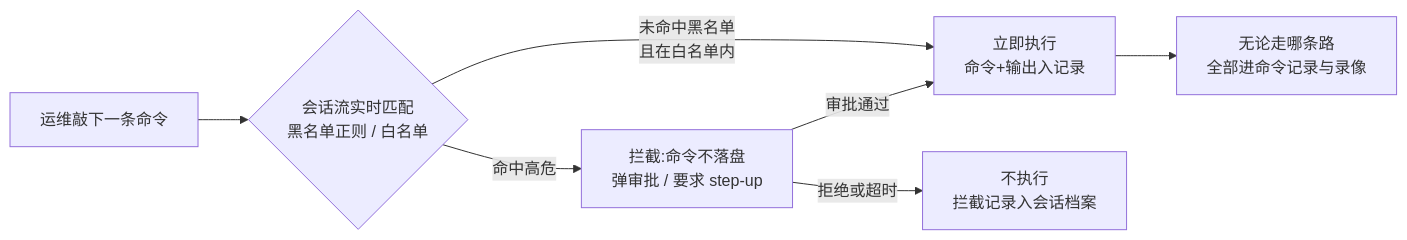
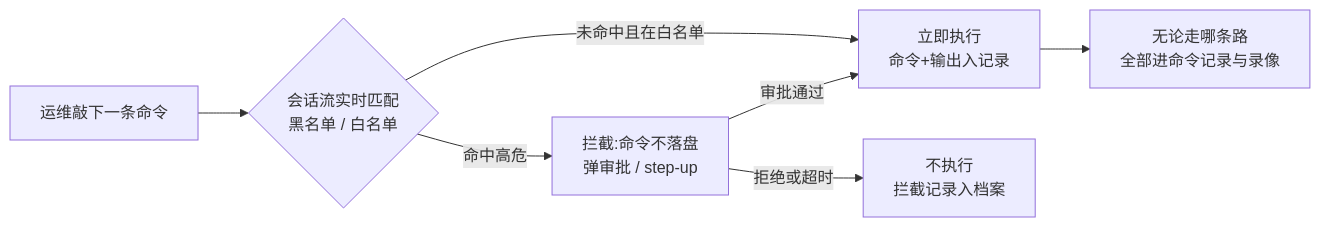
One commit to ml-cuizijun/LearnToLilith changed the fourth of 5 diagrams in 01-基础底座/28-堡垒机与跳板机/知识点.md. Above: the diagram before and after it, drawn with Mermaid. The commit also changed other lines of this file and 178 other files, not shown here.

````diff
--- a/01-基础底座/28-堡垒机与跳板机/知识点.md
+++ b/01-基础底座/28-堡垒机与跳板机/知识点.md
@@ -366,9 +356,9 @@
 ```mermaid
 flowchart LR
-    IN["运维敲下一条命令"] --> MATCH{"会话流实时匹配<br/>黑名单正则 / 白名单"}
-    MATCH -->|"未命中黑名单<br/>且在白名单内"| RUN["立即执行<br/>命令+输出入记录"]
-    MATCH -->|"命中高危"| HOLD["拦截:命令不落盘<br/>弹审批 / 要求 step-up"]
+    IN["运维敲下一条命令"] --> MATCH{"会话流实时匹配<br/>黑名单 / 白名单"}
+    MATCH -->|"未命中且在白名单"| RUN["立即执行<br/>命令+输出入记录"]
+    MATCH -->|"命中高危"| HOLD["拦截:命令不落盘<br/>弹审批 / step-up"]
     HOLD -->|"审批通过"| RUN
-    HOLD -->|"拒绝或超时"| BLOCK["不执行<br/>拦截记录入会话档案"]
+    HOLD -->|"拒绝或超时"| BLOCK["不执行<br/>拦截记录入档案"]
     RUN --> LOG["无论走哪条路<br/>全部进命令记录与录像"]
 ```
````
